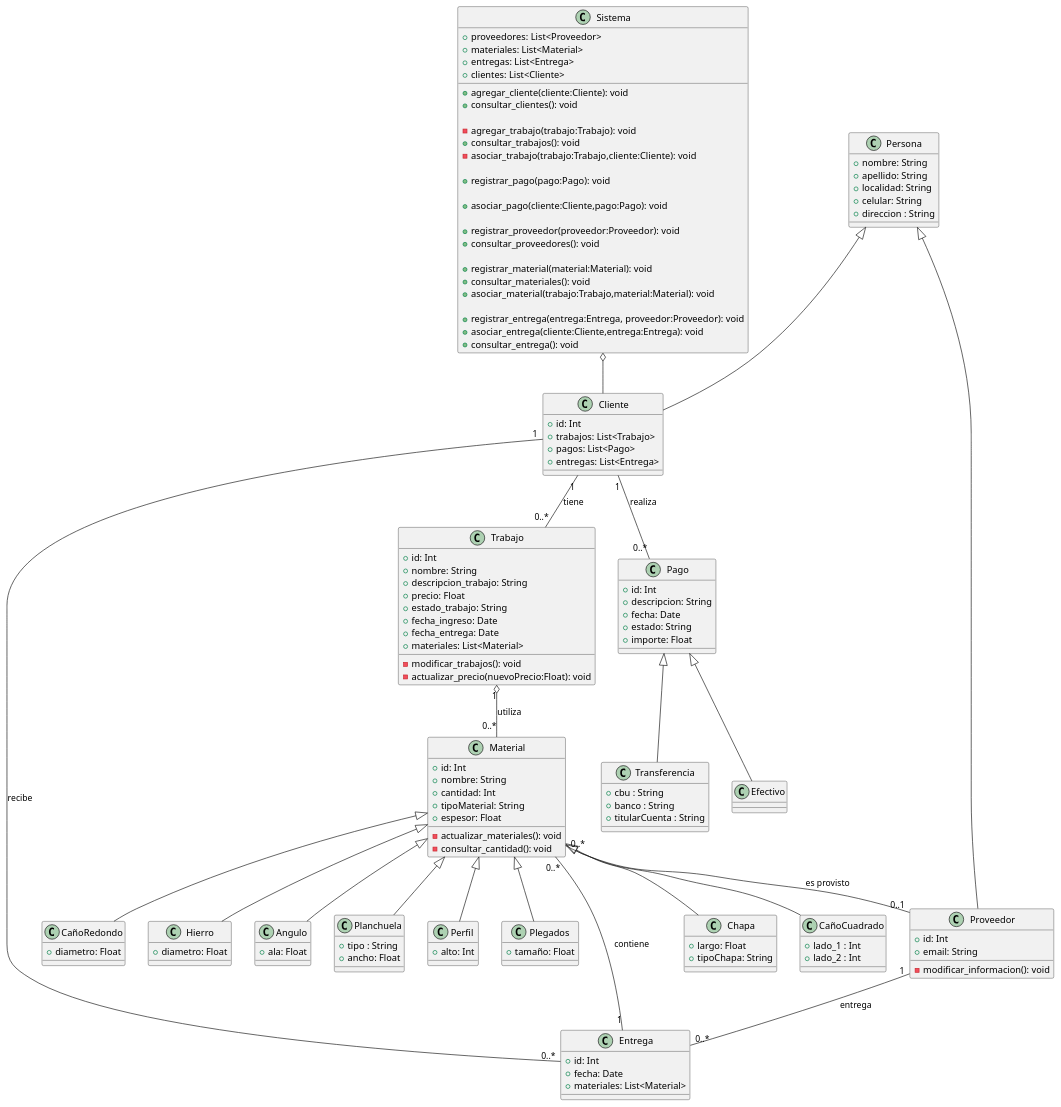
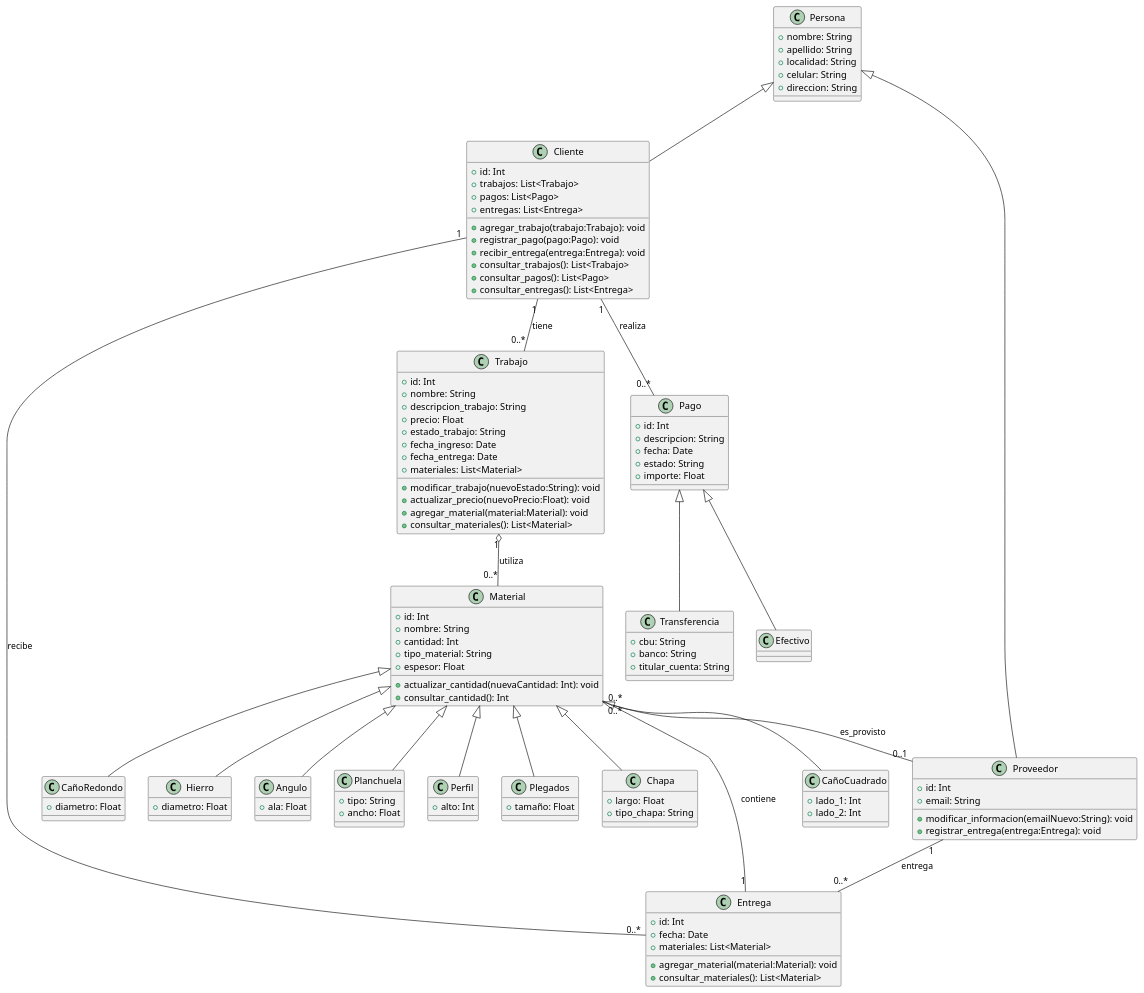
The diagram in Diagrama de clase/clases.puml (delpinofranco/TP_FINAL_INGENIERIA), drawn with PlantUML before and after one commit. The commit also changed 1 other file, not shown here.

Commit message:
cambios en el diagrama de clase

```diff
--- a/Diagrama de clase/clases.puml
+++ b/Diagrama de clase/clases.puml
@@ -1,155 +1,142 @@
 @startuml
+
 
 class Material {
     + id: Int
     + nombre: String
     + cantidad: Int
-    + tipoMaterial: String
+    + tipo_material: String
     + espesor: Float
-    - actualizar_materiales(): void
-    -consultar_cantidad(): void
+
+    + actualizar_cantidad(nuevaCantidad: Int): void
+    + consultar_cantidad(): Int
 }
 
-class Chapa{
+class Chapa {
     + largo: Float
-    + tipoChapa: String
+    + tipo_chapa: String
 }
-class CañoCuadrado{
-    + lado_1 : Int
-    + lado_2 : Int
+class CañoCuadrado {
+    + lado_1: Int
+    + lado_2: Int
 }
-class CañoRedondo{
+class CañoRedondo {
     + diametro: Float
 }
-class Hierro{
+class Hierro {
     + diametro: Float
 }
-class Angulo{
+class Angulo {
     + ala: Float
 }
-class Planchuela{
-    + tipo : String
+class Planchuela {
+    + tipo: String
     + ancho: Float
 }
-class Perfil{
+class Perfil {
     + alto: Int
 }
-
 class Plegados {
     + tamaño: Float
 }
 
-class Persona{
+class Persona {
     + nombre: String
     + apellido: String
     + localidad: String
     + celular: String
-    + direccion : String
+    + direccion: String
+}
+
+class Cliente {
+    + id: Int
+    + trabajos: List<Trabajo>
+    + pagos: List<Pago>
+    + entregas: List<Entrega>
+
+    + agregar_trabajo(trabajo:Trabajo): void
+    + registrar_pago(pago:Pago): void
+    + recibir_entrega(entrega:Entrega): void
+    + consultar_trabajos(): List<Trabajo>
+    + consultar_pagos(): List<Pago>
+    + consultar_entregas(): List<Entrega>
+}
+
+class Proveedor {
+    + id: Int 
+    + email: String
+
+    + modificar_informacion(emailNuevo:String): void
+    + registrar_entrega(entrega:Entrega): void
 }
 
 class Entrega {
     + id: Int
     + fecha: Date
     + materiales: List<Material>
-}
 
-class Cliente{
-    + id: Int
-    + trabajos: List<Trabajo>
-    + pagos: List<Pago>
-    + entregas: List<Entrega>
-}
-
-class Proveedor {
-    + id: Int 
-    + email: String
-    - modificar_informacion(): void
+    + agregar_material(material:Material): void
+    + consultar_materiales(): List<Material>
 }
 
 class Trabajo {
     + id: Int
     + nombre: String
     + descripcion_trabajo: String
     + precio: Float
     + estado_trabajo: String
     + fecha_ingreso: Date
     + fecha_entrega: Date
     + materiales: List<Material>
-    - modificar_trabajos(): void
-    - actualizar_precio(nuevoPrecio:Float): void
+
+    + modificar_trabajo(nuevoEstado:String): void
+    + actualizar_precio(nuevoPrecio:Float): void
+    + agregar_material(material:Material): void
+    + consultar_materiales(): List<Material>
 }
 
-class Pago{
+class Pago {
     + id: Int
     + descripcion: String
     + fecha: Date
     + estado: String
     + importe: Float
 }
 
-class Transferencia{
-    + cbu : String
-    + banco : String
-    + titularCuenta : String
+class Transferencia {
+    + cbu: String
+    + banco: String
+    + titular_cuenta: String
 }
 
-class Efectivo{
+class Efectivo {
 }
 
-class Sistema {
-    + proveedores: List<Proveedor>
-    + materiales: List<Material>
-    + entregas: List<Entrega>
-    + clientes: List<Cliente>
 
-    + agregar_cliente(cliente:Cliente): void
-    + consultar_clientes(): void
-
-    - agregar_trabajo(trabajo:Trabajo): void
-    + consultar_trabajos(): void
-    - asociar_trabajo(trabajo:Trabajo,cliente:Cliente): void
-    
-    + registrar_pago(pago:Pago): void
-    
-    + asociar_pago(cliente:Cliente,pago:Pago): void
-
-    + registrar_proveedor(proveedor:Proveedor): void
-    + consultar_proveedores(): void
-
-    + registrar_material(material:Material): void
-    + consultar_materiales(): void
-    + asociar_material(trabajo:Trabajo,material:Material): void
-
-    + registrar_entrega(entrega:Entrega, proveedor:Proveedor): void
-    + asociar_entrega(cliente:Cliente,entrega:Entrega): void
-    + consultar_entrega(): void
-}
 
 Persona <|-- Cliente
 Persona <|-- Proveedor
 
 Material <|-- Plegados
 Material <|-- CañoRedondo
 Material <|-- CañoCuadrado
 Material <|-- Chapa
 Material <|-- Hierro
 Material <|-- Angulo
 Material <|-- Planchuela
 Material <|-- Perfil
 
-Material "0..*" -- "0..1" Proveedor : es provisto
+Material "0..*" -- "0..1" Proveedor : es_provisto
 
 Cliente "1" --O "0..*" Trabajo : tiene
 Trabajo "1" o-- "0..*" Material : utiliza
 
 Cliente "1" -- "0..*" Entrega : recibe
 Proveedor "1" -- "0..*" Entrega : entrega
 Entrega "1" -- "0..*" Material : contiene
 
+Cliente "1" -- "0..*" Pago : realiza
 Pago <|-- Efectivo
 Pago <|-- Transferencia
 
-Cliente "1" -- "0..*" Pago : realiza
-Sistema o-- Cliente
-
 @enduml
```
